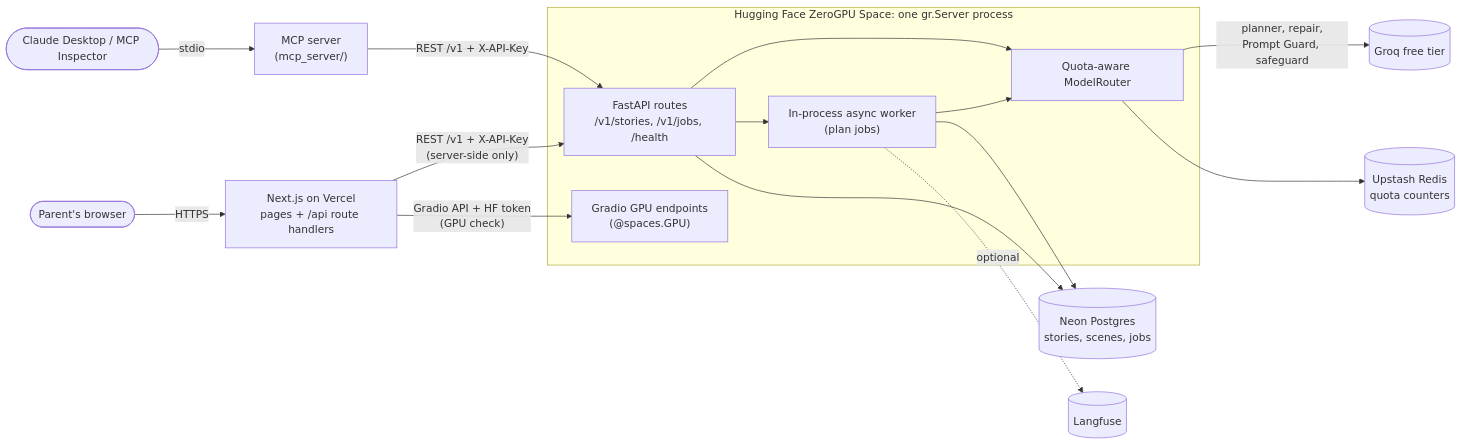
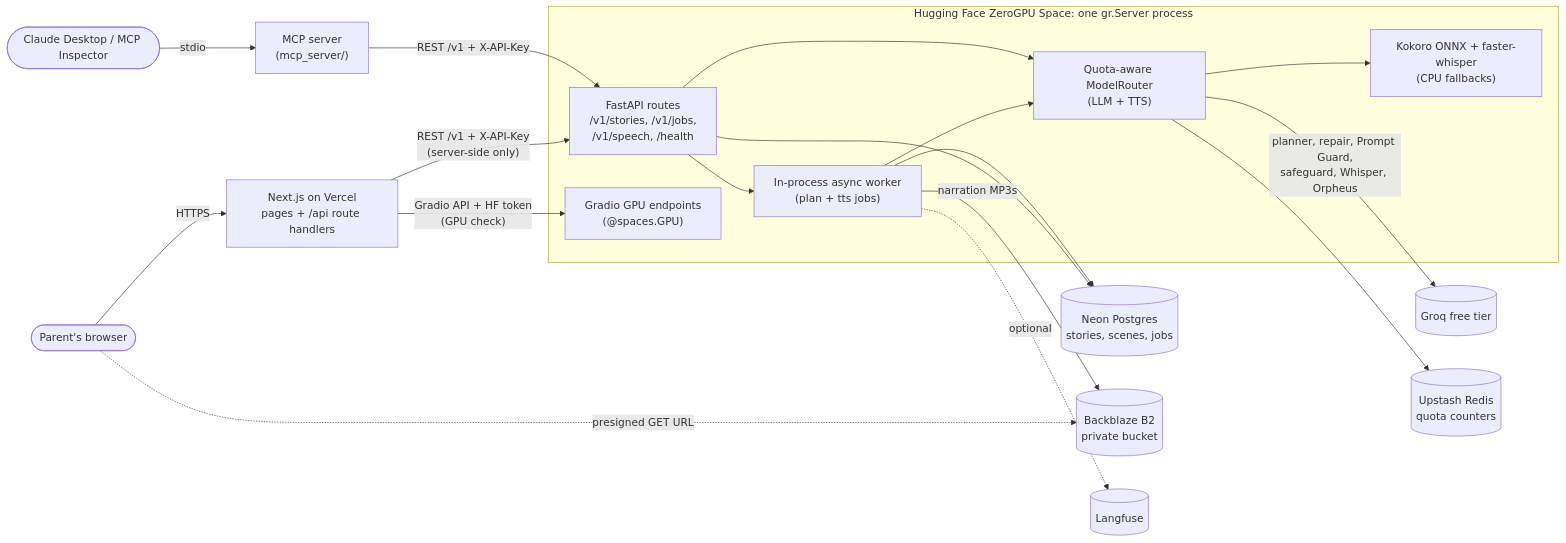
The first of 2 diagrams in README.md (anushkagaggar/storyweaver), drawn with Mermaid before and after one commit. The commit also changed other lines of this file and 5 other files, not shown here.

````diff
--- a/README.md
+++ b/README.md
@@ -105,24 +123,28 @@
 ```mermaid
 flowchart LR
     Parent([Parent's browser]) -->|HTTPS| Web["Next.js on Vercel<br/>pages + /api route handlers"]
     Claude([Claude Desktop / MCP Inspector]) -->|stdio| MCP["MCP server<br/>(mcp_server/)"]
     Web -->|"REST /v1 + X-API-Key<br/>(server-side only)"| API
     Web -->|"Gradio API + HF token<br/>(GPU check)"| GPU
     MCP -->|"REST /v1 + X-API-Key"| API
 
     subgraph Space["Hugging Face ZeroGPU Space: one gr.Server process"]
-        API["FastAPI routes<br/>/v1/stories, /v1/jobs, /health"]
-        Worker["In-process async worker<br/>(plan jobs)"]
+        API["FastAPI routes<br/>/v1/stories, /v1/jobs,<br/>/v1/speech, /health"]
+        Worker["In-process async worker<br/>(plan + tts jobs)"]
         GPU["Gradio GPU endpoints<br/>(@spaces.GPU)"]
-        Router["Quota-aware ModelRouter"]
+        Router["Quota-aware ModelRouter<br/>(LLM + TTS)"]
+        Kokoro["Kokoro ONNX + faster-whisper<br/>(CPU fallbacks)"]
         API --> Worker
         Worker --> Router
         API --> Router
+        Router --> Kokoro
     end
 
-    Router -->|"planner, repair,<br/>Prompt Guard, safeguard"| Groq[(Groq free tier)]
+    Router -->|"planner, repair, Prompt Guard,<br/>safeguard, Whisper, Orpheus"| Groq[(Groq free tier)]
     API --> PG[(Neon Postgres<br/>stories, scenes, jobs)]
     Worker --> PG
     Router --> Redis[(Upstash Redis<br/>quota counters)]
+    Worker -->|"narration MP3s"| B2[(Backblaze B2<br/>private bucket)]
+    Parent -.->|"presigned GET URL"| B2
     Worker -.->|optional| LF[(Langfuse)]
 ```
````
